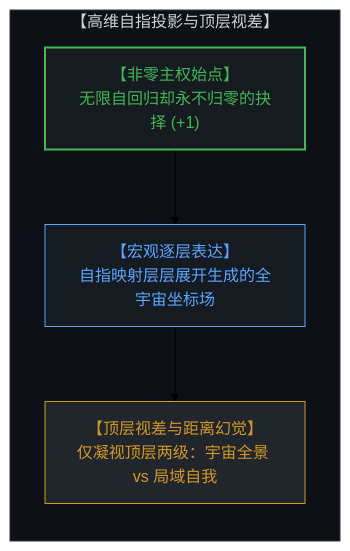
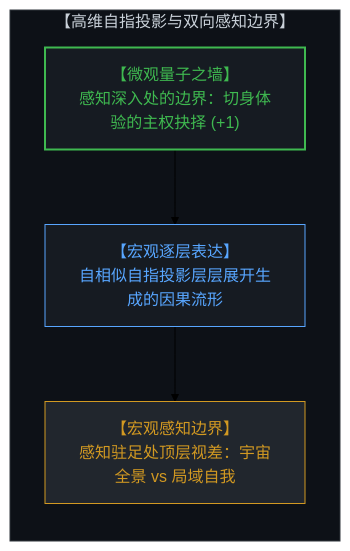
Before and after one commit to powerpig99/not-a-toe: the first of 6 diagrams in content/posts/the-illusion-of-distance-and-the-dual-ruler.md, drawn with Mermaid (forest theme). The commit also changed other lines of this file and 3 other files, not shown here.

Commit message:
Refine Post 311: Articulate scale-invariant loop and dual quantum/macro perceptual boundaries

````diff
--- a/content/posts/the-illusion-of-distance-and-the-dual-ruler.md
+++ b/content/posts/the-illusion-of-distance-and-the-dual-ruler.md
@@ -15,15 +15,15 @@
 ```mermaid
 graph TD
-    subgraph RecursiveProjection["【高维自指投影与顶层视差】"]
+    subgraph RecursiveProjection["【高维自指投影与双向感知边界】"]
         direction TB
-        NonZeroOrigin["【非零主权始点】<br>无限自回归却永不归零的抉择 (+1)"]
-        RecursiveManifold["【宏观逐层表达】<br>自指映射层层展开生成的全宇宙坐标场"]
-        TopLevelParallax["【顶层视差与距离幻觉】<br>仅凝视顶层两级：宇宙全景 vs 局域自我"]
-        NonZeroOrigin --> RecursiveManifold
-        RecursiveManifold --> TopLevelParallax
+        MicroQuantumWall["【微观量子之墙】<br>感知深入处的边界：切身体验的主权抉择 (+1)"]
+        RecursiveManifold["【宏观逐层表达】<br>自相似自指投影层层展开生成的因果流形"]
+        MacroPerceptualStop["【宏观感知边界】<br>感知驻足处顶层视差：宇宙全景 vs 局域自我"]
+        MicroQuantumWall --> RecursiveManifold
+        RecursiveManifold --> MacroPerceptualStop
     end
     style RecursiveProjection fill:#0d1117,stroke:#30363d,stroke-width:1px,color:#c9d1d9
-    style NonZeroOrigin fill:#161b22,stroke:#3fb950,stroke-width:2px,color:#3fb950
+    style MicroQuantumWall fill:#161b22,stroke:#3fb950,stroke-width:2px,color:#3fb950
     style RecursiveManifold fill:#161b22,stroke:#58a6ff,stroke-width:1px,color:#58a6ff
-    style TopLevelParallax fill:#21262d,stroke:#d29922,stroke-width:1px,color:#d29922
+    style MacroPerceptualStop fill:#21262d,stroke:#d29922,stroke-width:1px,color:#d29922
 ```
````
